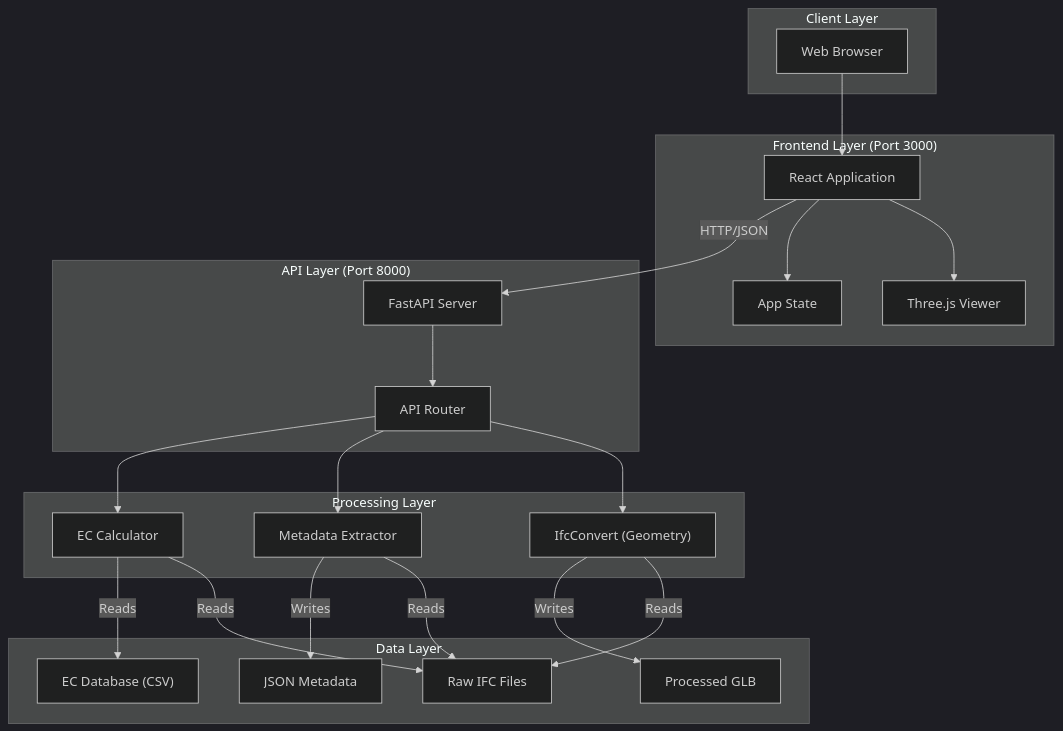
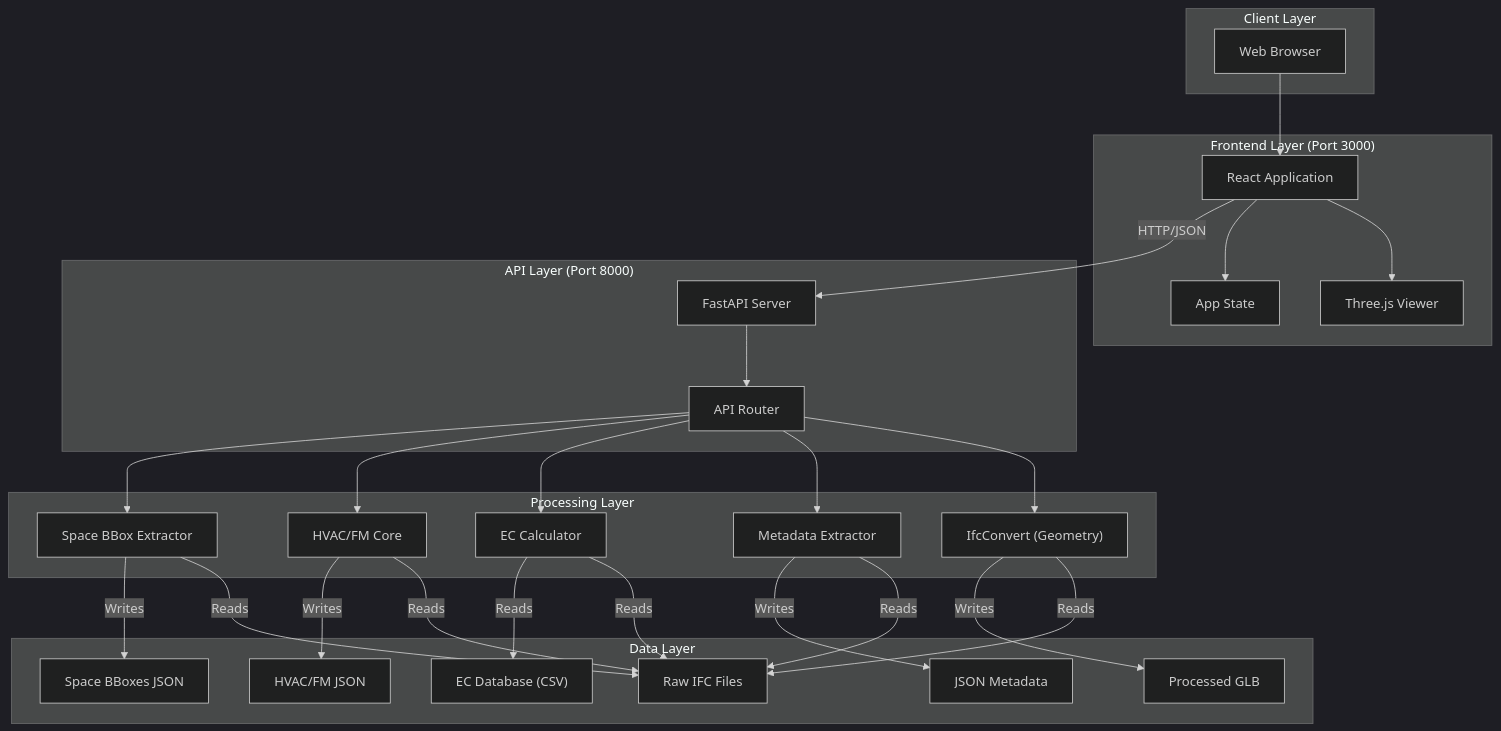
Before and after one commit to Naveendinula/DigitalTwin: the first of 6 diagrams in SYSTEM_MAP.md, drawn with Mermaid (dark theme). The commit also changed other lines of this file and 2 other files, not shown here.

First line of the commit message:
Update docs for HVAC/FM analysis and space overlay

````diff
--- a/SYSTEM_MAP.md
+++ b/SYSTEM_MAP.md
@@ -7,50 +7,62 @@
 ```mermaid
 graph TD
     subgraph "Client Layer"
         Browser[Web Browser]
     end
 
     subgraph "Frontend Layer (Port 3000)"
         ReactApp[React Application]
         ThreeJS[Three.js Viewer]
         State[App State]
         
         Browser --> ReactApp
         ReactApp --> ThreeJS
         ReactApp --> State
     end
 
     subgraph "API Layer (Port 8000)"
         FastAPI[FastAPI Server]
         Router[API Router]
         
         ReactApp -- HTTP/JSON --> FastAPI
         FastAPI --> Router
     end
 
     subgraph "Processing Layer"
         IFCConv["IfcConvert (Geometry)"]
         MetaExt[Metadata Extractor]
         ECCalc[EC Calculator]
+        HvacCore["HVAC/FM Core"]
+        SpaceBBox["Space BBox Extractor"]
         
         Router --> IFCConv
         Router --> MetaExt
         Router --> ECCalc
+        Router --> HvacCore
+        Router --> SpaceBBox
     end
 
     subgraph "Data Layer"
         IFCFiles[Raw IFC Files]
         GLBFiles[Processed GLB]
         JSONMeta[JSON Metadata]
         ECDB["EC Database (CSV)"]
+        HVACJson[HVAC/FM JSON]
+        SpaceBBoxJson[Space BBoxes JSON]
         
         IFCConv -- Reads --> IFCFiles
         IFCConv -- Writes --> GLBFiles
         
         MetaExt -- Reads --> IFCFiles
         MetaExt -- Writes --> JSONMeta
         
         ECCalc -- Reads --> IFCFiles
         ECCalc -- Reads --> ECDB
+
+        HvacCore -- Reads --> IFCFiles
+        HvacCore -- Writes --> HVACJson
+
+        SpaceBBox -- Reads --> IFCFiles
+        SpaceBBox -- Writes --> SpaceBBoxJson
     end
 ```
````
